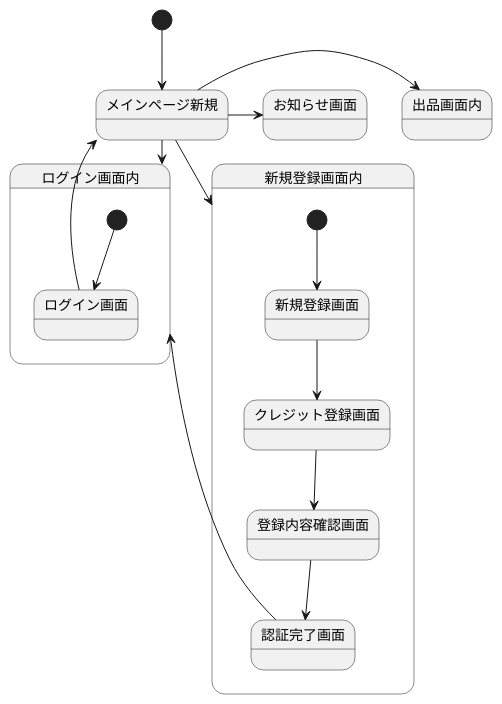
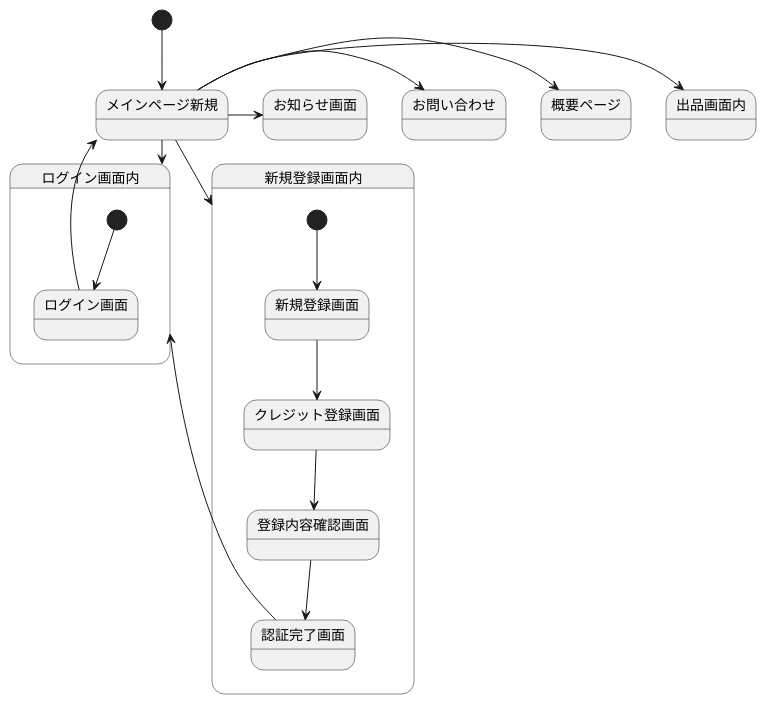
The diagram in 画面遷移図.md (Aso2001147/2021SystemDesign), drawn with PlantUML before and after one commit.

````diff
--- a/画面遷移図.md
+++ b/画面遷移図.md
@@ -1,24 +1,26 @@
 ```uml
 @startuml
 [*] --> メインページ新規
+メインページ新規 -> 概要ページ
+メインページ新規 -> お問い合わせ
 メインページ新規 -> お知らせ画面
 メインページ新規 --> ログイン画面内
 メインページ新規 --> 新規登録画面内
 メインページ新規 -> 出品画面内
 
 state 新規登録画面内{
 [*] --> 新規登録画面
 新規登録画面 -down-> クレジット登録画面
 クレジット登録画面 -down-> 登録内容確認画面
 登録内容確認画面 -down-> 認証完了画面
 認証完了画面 -up-> ログイン画面内
 }
 
 state ログイン画面内{
 [*] -down-> ログイン画面
 ログイン画面 -up-> メインページ新規
 }
 
 
 @enduml
 ```
````
